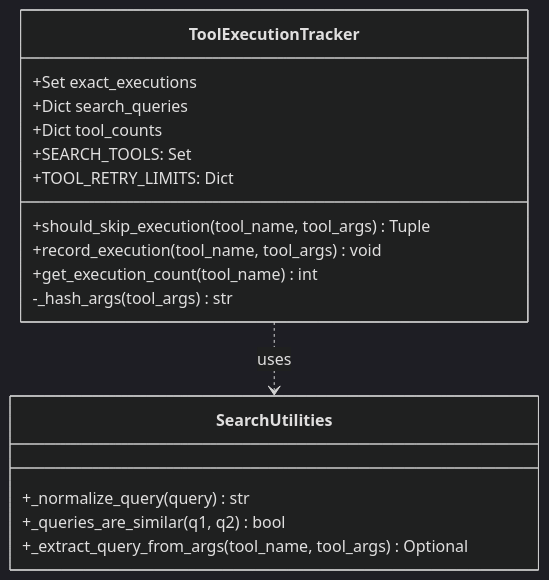
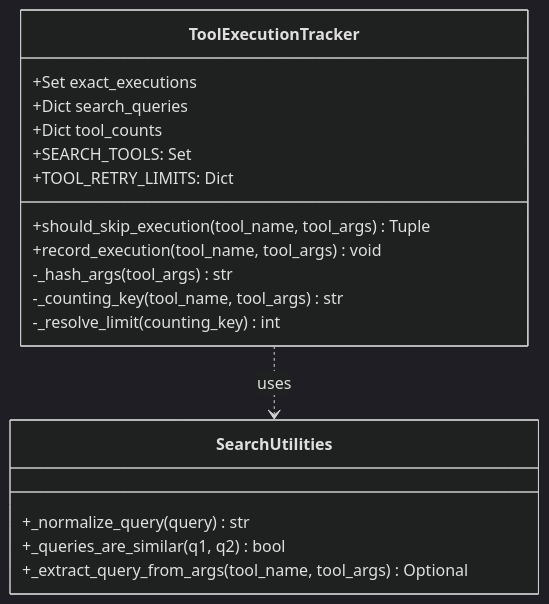
One commit to AutomatosAI/automatos-ai changed the second of 2 diagrams in docs/chat-interface/tool-loop-prevention.md. Above: the diagram before and after it, drawn with Mermaid (dark theme). The commit also changed other lines of this file and 153 other files, not shown here.

````diff
--- a/docs/chat-interface/tool-loop-prevention.md
+++ b/docs/chat-interface/tool-loop-prevention.md
@@ -139,20 +133,21 @@
 ```mermaid
 classDiagram
     class ToolExecutionTracker {
         +Set exact_executions
         +Dict search_queries
         +Dict tool_counts
         +SEARCH_TOOLS: Set
         +TOOL_RETRY_LIMITS: Dict
         +should_skip_execution(tool_name, tool_args) Tuple
         +record_execution(tool_name, tool_args) void
-        +get_execution_count(tool_name) int
         -_hash_args(tool_args) str
+        -_counting_key(tool_name, tool_args) str
+        -_resolve_limit(counting_key) int
     }
     class SearchUtilities {
         +_normalize_query(query) str
         +_queries_are_similar(q1, q2) bool
         +_extract_query_from_args(tool_name, tool_args) Optional
     }
     ToolExecutionTracker ..> SearchUtilities : uses
 ```
````
